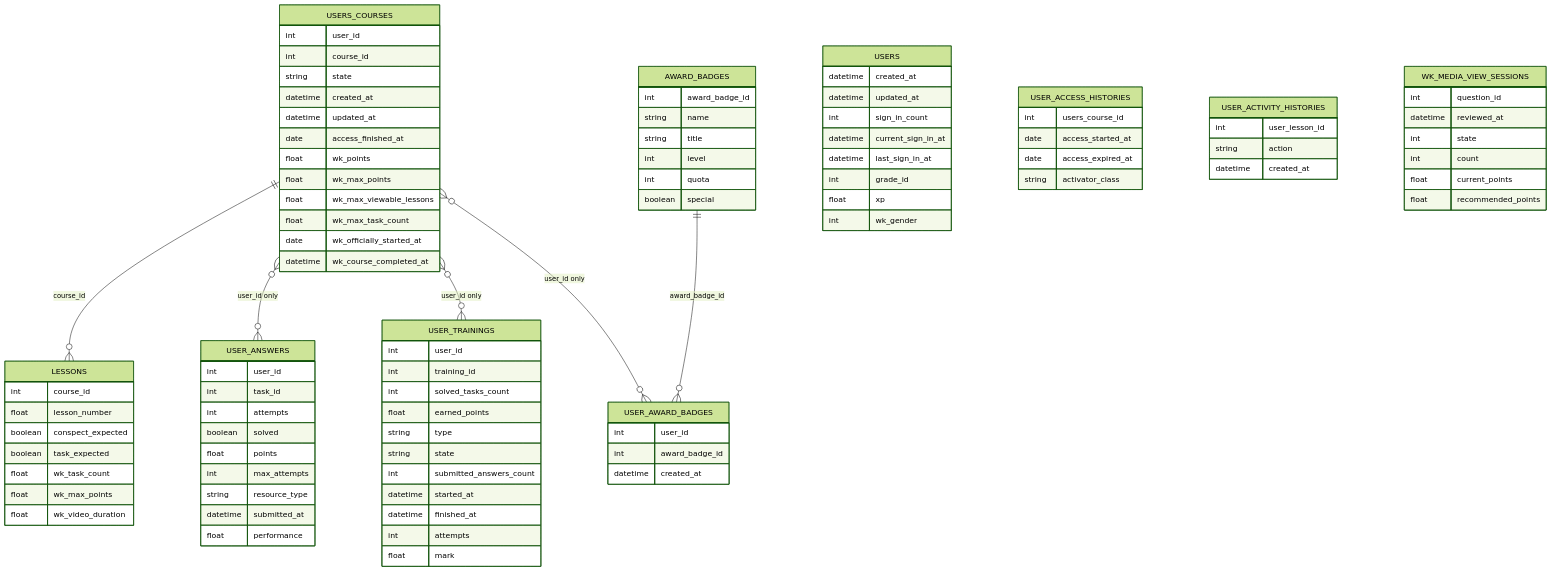
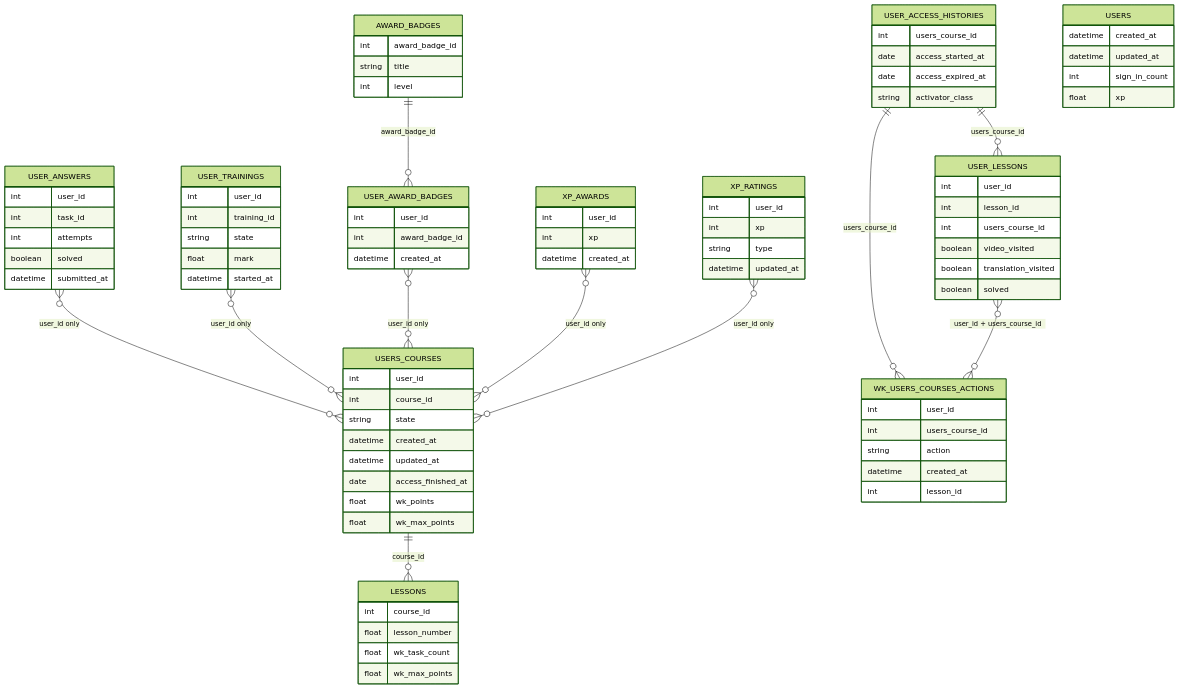
Before and after one commit to mariyakukhtinova-sys/hackaton_mipt_ds_25: the diagram in data_description_and_er.md, drawn with Mermaid (forest theme). The commit also changed other lines of this file, not shown here.

Commit message:
updated data desciption and ER diagramm

````diff
--- a/data_description_and_er.md
+++ b/data_description_and_er.md
@@ -242,20 +293,37 @@
         date access_finished_at
         float wk_points
         float wk_max_points
-        float wk_max_viewable_lessons
-        float wk_max_task_count
-        date wk_officially_started_at
-        datetime wk_course_completed_at
     }
 
     LESSONS {
         int course_id
         float lesson_number
-        boolean conspect_expected
-        boolean task_expected
         float wk_task_count
         float wk_max_points
-        float wk_video_duration
+    }
+
+    USER_LESSONS {
+        int user_id
+        int lesson_id
+        int users_course_id
+        boolean video_visited
+        boolean translation_visited
+        boolean solved
+    }
+
+    USER_ACCESS_HISTORIES {
+        int users_course_id
+        date access_started_at
+        date access_expired_at
+        string activator_class
+    }
+
+    WK_USERS_COURSES_ACTIONS {
+        int user_id
+        int users_course_id
+        string action
+        datetime created_at
+        int lesson_id
     }
 
     USER_ANSWERS {
@@ -263,25 +331,15 @@
         int task_id
         int attempts
         boolean solved
-        float points
-        int max_attempts
-        string resource_type
         datetime submitted_at
-        float performance
     }
 
     USER_TRAININGS {
         int user_id
         int training_id
-        int solved_tasks_count
-        float earned_points
-        string type
         string state
-        int submitted_answers_count
+        float mark
         datetime started_at
-        datetime finished_at
-        int attempts
-        float mark
     }
 
     USER_AWARD_BADGES {
@@ -292,49 +350,38 @@
 
     AWARD_BADGES {
         int award_badge_id
-        string name
         string title
         int level
-        int quota
-        boolean special
     }
 
     USERS {
         datetime created_at
         datetime updated_at
         int sign_in_count
-        datetime current_sign_in_at
-        datetime last_sign_in_at
-        int grade_id
         float xp
-        int wk_gender
     }
 
-    USER_ACCESS_HISTORIES {
-        int users_course_id
-        date access_started_at
-        date access_expired_at
-        string activator_class
-    }
-
-    USER_ACTIVITY_HISTORIES {
-        int user_lesson_id
-        string action
+    XP_AWARDS {
+        int user_id
+        int xp
         datetime created_at
     }
 
-    WK_MEDIA_VIEW_SESSIONS {
-        int question_id
-        datetime reviewed_at
-        int state
-        int count
-        float current_points
-        float recommended_points
+    XP_RATINGS {
+        int user_id
+        int xp
+        string type
+        datetime updated_at
     }
 
     USERS_COURSES ||--o{ LESSONS : "course_id"
-    USERS_COURSES }o--o{ USER_ANSWERS : "user_id only"
-    USERS_COURSES }o--o{ USER_TRAININGS : "user_id only"
-    USERS_COURSES }o--o{ USER_AWARD_BADGES : "user_id only"
+    USER_ACCESS_HISTORIES ||--o{ USER_LESSONS : "users_course_id"
+    USER_ACCESS_HISTORIES ||--o{ WK_USERS_COURSES_ACTIONS : "users_course_id"
+    USER_LESSONS }o--o{ WK_USERS_COURSES_ACTIONS : "user_id + users_course_id"
+    USER_ANSWERS }o--o{ USERS_COURSES : "user_id only"
+    USER_TRAININGS }o--o{ USERS_COURSES : "user_id only"
+    USER_AWARD_BADGES }o--o{ USERS_COURSES : "user_id only"
     AWARD_BADGES ||--o{ USER_AWARD_BADGES : "award_badge_id"
+    XP_AWARDS }o--o{ USERS_COURSES : "user_id only"
+    XP_RATINGS }o--o{ USERS_COURSES : "user_id only"
 ```
````
